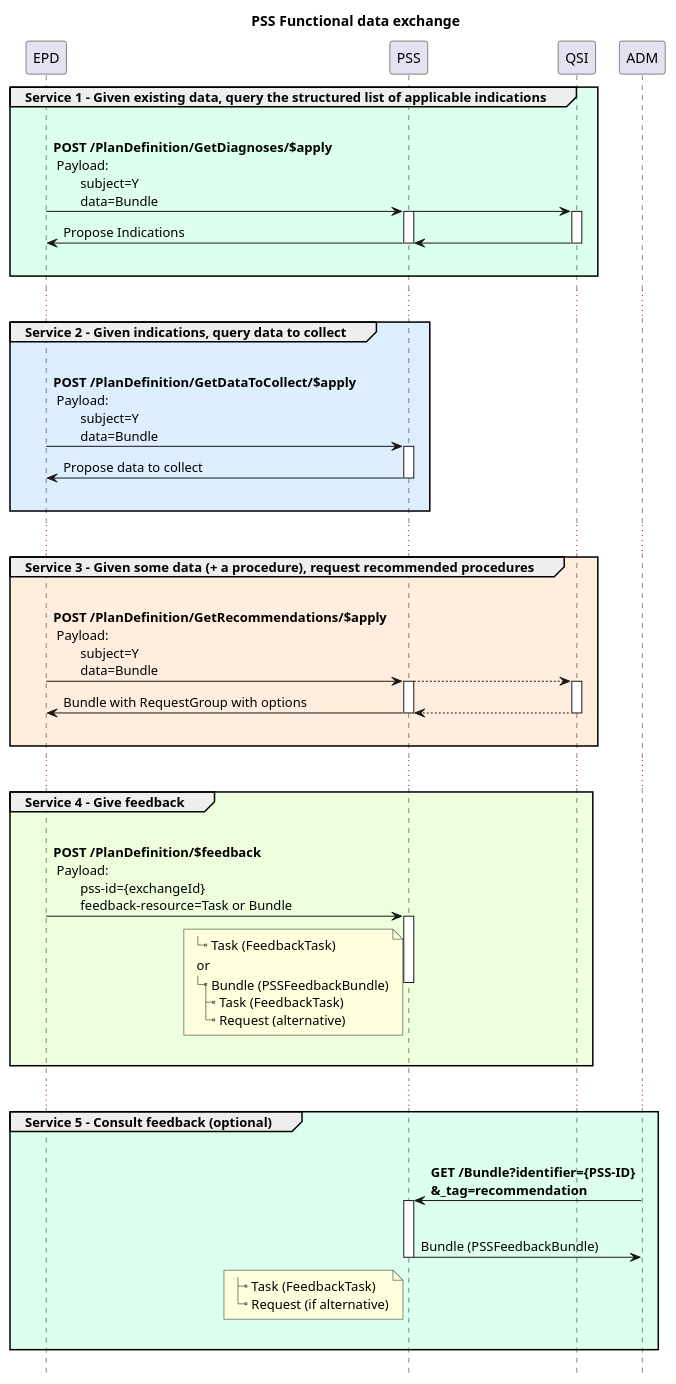
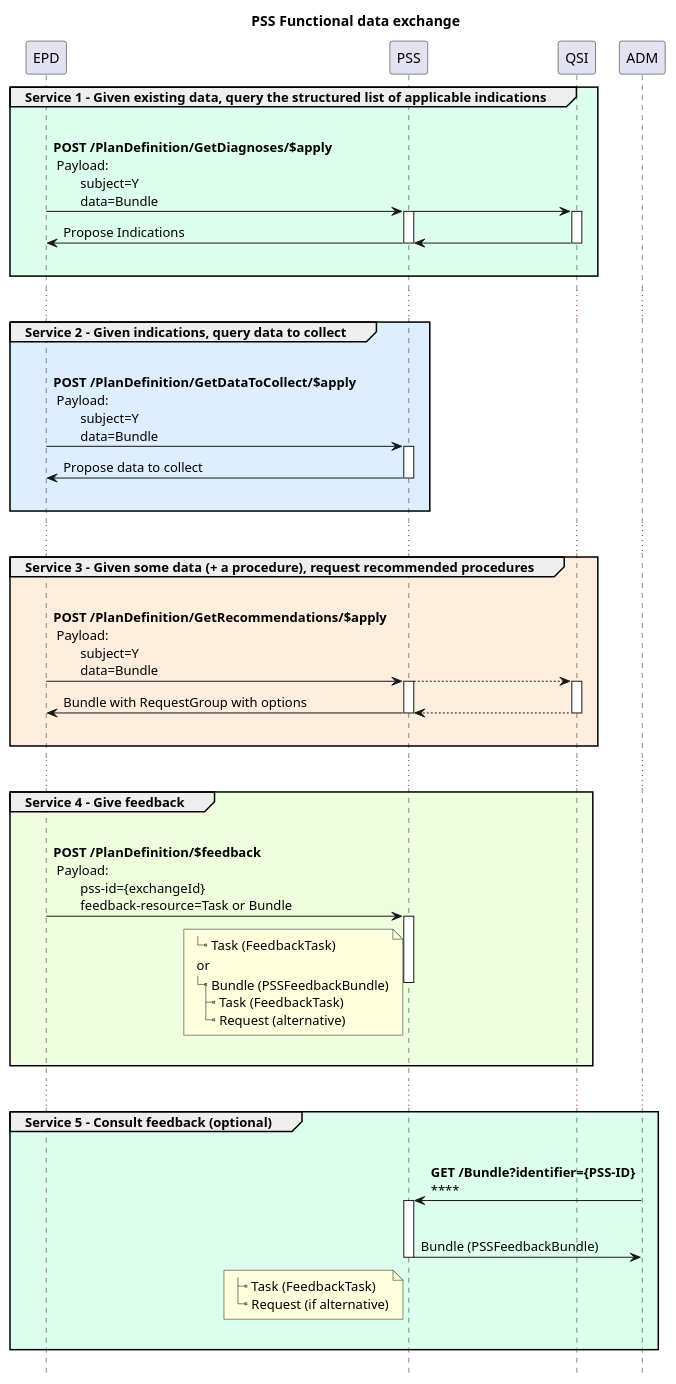
The diagram in input/images-source/pss-flow.plantuml (hl7-be/pss), drawn with PlantUML before and after one commit. The commit also changed 1 other file, not shown here.

Commit message:
Remove tag and incorrect search parameter
#135

```diff
--- a/input/images-source/pss-flow.plantuml
+++ b/input/images-source/pss-flow.plantuml
@@ -1,81 +1,81 @@
 @startuml
 !pragma teoz true
 Title PSS Functional data exchange
 hide footbox
 
 group #DFE Service 1 - Given existing data, query the structured list of applicable indications
         EPD -> PSS : \n**POST /PlanDefinition/GetDiagnoses/$apply**\n Payload:\n        subject=Y\n        data=Bundle
         & PSS -> QSI 
         & PSS -[hidden]-> QSI : "                                      "
         'PSS -> QSI : GET /indictions
 
         activate PSS
         activate QSI
         QSI -> PSS 
         & PSS -> EPD: Propose Indications
         deactivate PSS
         deactivate QSI
         |||
 end
 ...
 group #def Service 2 - Given indications, query data to collect
 
         EPD -> PSS : \n**POST /PlanDefinition/GetDataToCollect/$apply**\n Payload:\n        subject=Y\n        data=Bundle
 
         Activate PSS
 
         PSS -> EPD: Propose data to collect
         deactivate PSS
         |||
 end
 ...
 group #fed Service 3 - Given some data (+ a procedure), request recommended procedures
         EPD -> PSS : \n**POST /PlanDefinition/GetRecommendations/$apply**\n Payload:\n        subject=Y\n        data=Bundle
         & PSS --> QSI
         & PSS -[hidden]-> QSI : "                                      "
 
         activate PSS
         activate QSI
         QSI --> PSS
         & PSS -> EPD: Bundle with RequestGroup with options
         deactivate PSS
         deactivate QSI
         |||
 
 end
 ...
 group #efd Service 4 - Give feedback
         EPD -> PSS : \n**POST /PlanDefinition/$feedback**\n Payload:\n        pss-id={exchangeId}\n        feedback-resource=Task or Bundle
         note left of PSS
 |_ Task (FeedbackTask)
   or
 |_ Bundle (PSSFeedbackBundle)
   |_ Task (FeedbackTask)
   |_ Request (alternative)
         end note
         deactivate EPD
         activate PSS
         & PSS -[hidden]-> QSI : "                                      "
         deactivate PSS
         |||
 
 end
 ...
 group #dfe Service 5 - Consult feedback (optional)
 '        ADM -> PSS : \n**GET /Bundle?identifier={PSS-ID}**\n**&_profile=.../PSSFeedbackBundle**
-        ADM -> PSS : \n**GET /Bundle?identifier={PSS-ID}**\n**&_tag=recommendation**
+        ADM -> PSS : \n**GET /Bundle?identifier={PSS-ID}**\n****
 
         & PSS -[hidden]-> QSI : "                                      "
         activate PSS
         |||
         PSS -> ADM : Bundle (PSSFeedbackBundle)
                 note left of PSS
 |_ Task (FeedbackTask)
 |_ Request (if alternative)
         end note
         & PSS -[hidden]-> QSI : "                                      "
         deactivate PSS
         |||
 
 end
 @enduml
```
